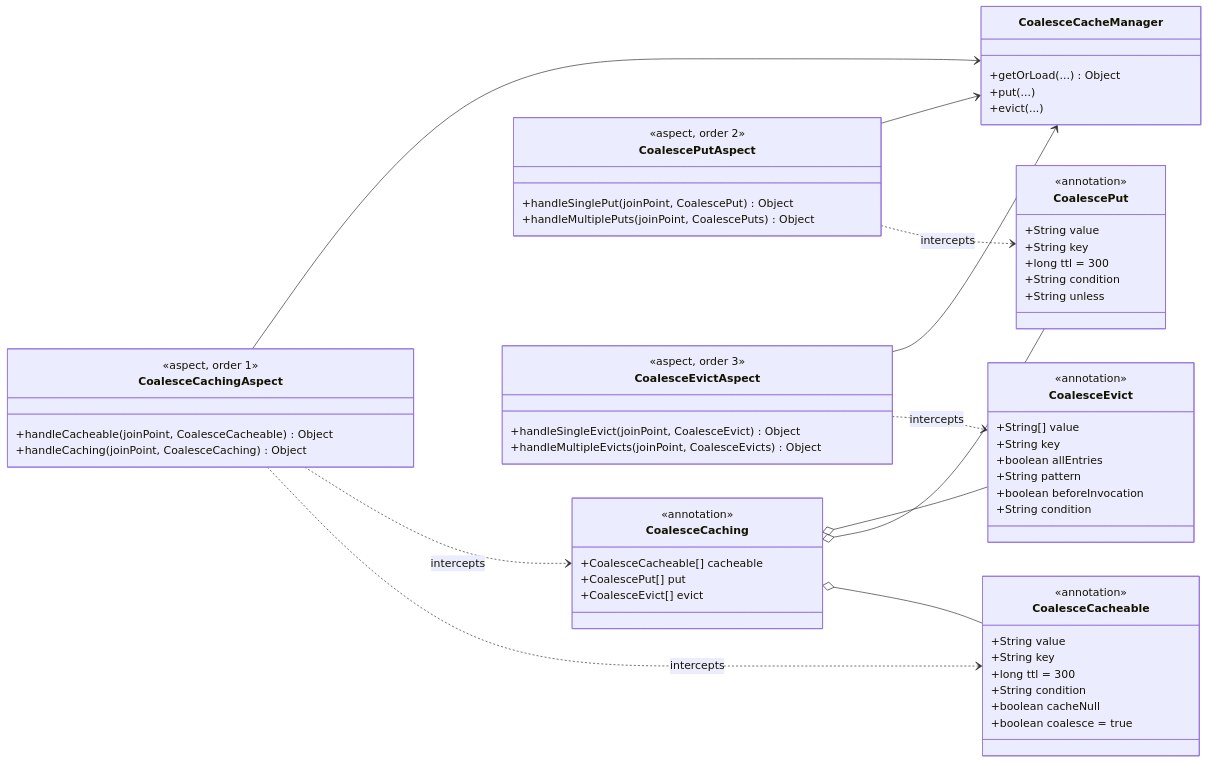
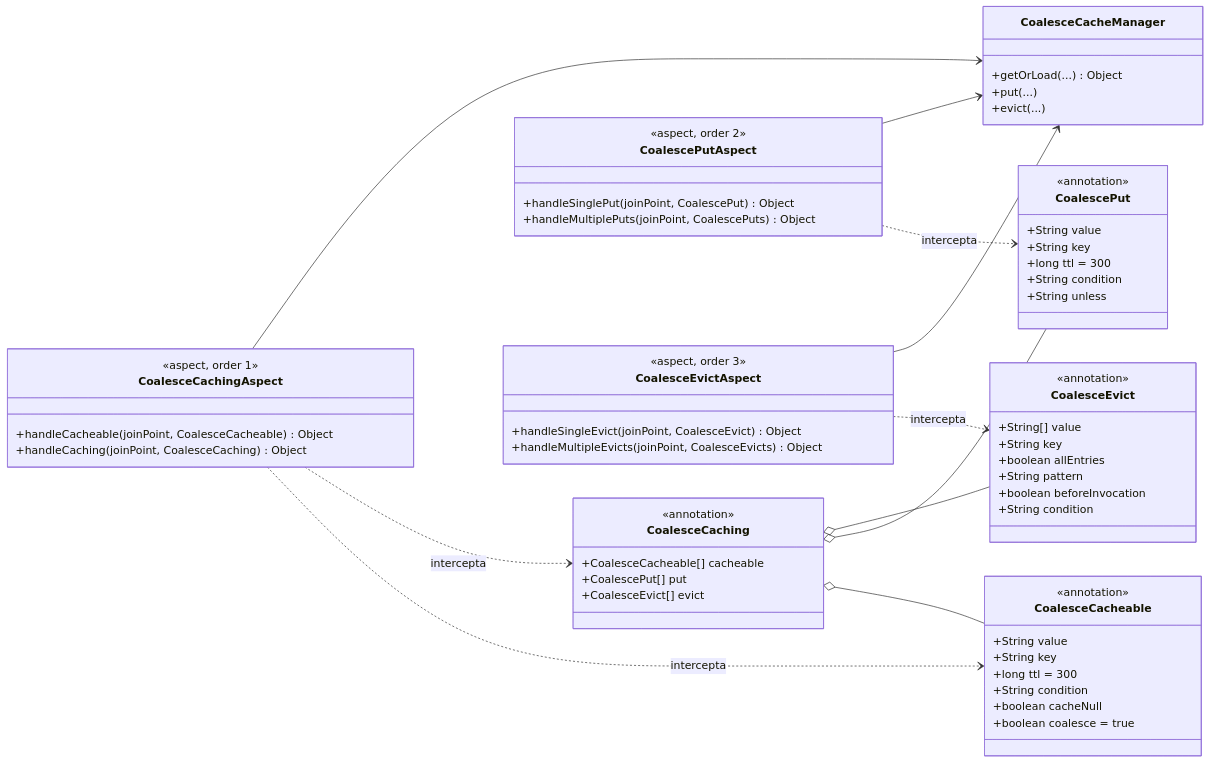
Before and after one commit to programming0026/sbj-util-redis-annotation: the fourth of 9 diagrams in sbj-util-redis-lib/README.md, drawn with Mermaid. The commit also changed other lines of this file and 64 other files, not shown here.

````diff
--- a/sbj-util-redis-lib/README.md
+++ b/sbj-util-redis-lib/README.md
@@ -1071,68 +1071,68 @@
 ```mermaid
 classDiagram
     direction LR
 
     class CoalesceCacheable {
         <<annotation>>
         +String value
         +String key
         +long ttl = 300
         +String condition
         +boolean cacheNull
         +boolean coalesce = true
     }
     class CoalescePut {
         <<annotation>>
         +String value
         +String key
         +long ttl = 300
         +String condition
         +String unless
     }
     class CoalesceEvict {
         <<annotation>>
         +String[] value
         +String key
         +boolean allEntries
         +String pattern
         +boolean beforeInvocation
         +String condition
     }
     class CoalesceCaching {
         <<annotation>>
         +CoalesceCacheable[] cacheable
         +CoalescePut[] put
         +CoalesceEvict[] evict
     }
     class CoalesceCachingAspect {
         <<aspect, order 1>>
         +handleCacheable(joinPoint, CoalesceCacheable) Object
         +handleCaching(joinPoint, CoalesceCaching) Object
     }
     class CoalescePutAspect {
         <<aspect, order 2>>
         +handleSinglePut(joinPoint, CoalescePut) Object
         +handleMultiplePuts(joinPoint, CoalescePuts) Object
     }
     class CoalesceEvictAspect {
         <<aspect, order 3>>
         +handleSingleEvict(joinPoint, CoalesceEvict) Object
         +handleMultipleEvicts(joinPoint, CoalesceEvicts) Object
     }
     class CoalesceCacheManager {
         +getOrLoad(...) Object
         +put(...)
         +evict(...)
     }
 
     CoalesceCaching o-- CoalesceCacheable
     CoalesceCaching o-- CoalescePut
     CoalesceCaching o-- CoalesceEvict
-    CoalesceCachingAspect ..> CoalesceCacheable : intercepts
-    CoalesceCachingAspect ..> CoalesceCaching : intercepts
-    CoalescePutAspect ..> CoalescePut : intercepts
-    CoalesceEvictAspect ..> CoalesceEvict : intercepts
+    CoalesceCachingAspect ..> CoalesceCacheable : intercepta
+    CoalesceCachingAspect ..> CoalesceCaching : intercepta
+    CoalescePutAspect ..> CoalescePut : intercepta
+    CoalesceEvictAspect ..> CoalesceEvict : intercepta
     CoalesceCachingAspect --> CoalesceCacheManager
     CoalescePutAspect --> CoalesceCacheManager
     CoalesceEvictAspect --> CoalesceCacheManager
 ```
````
